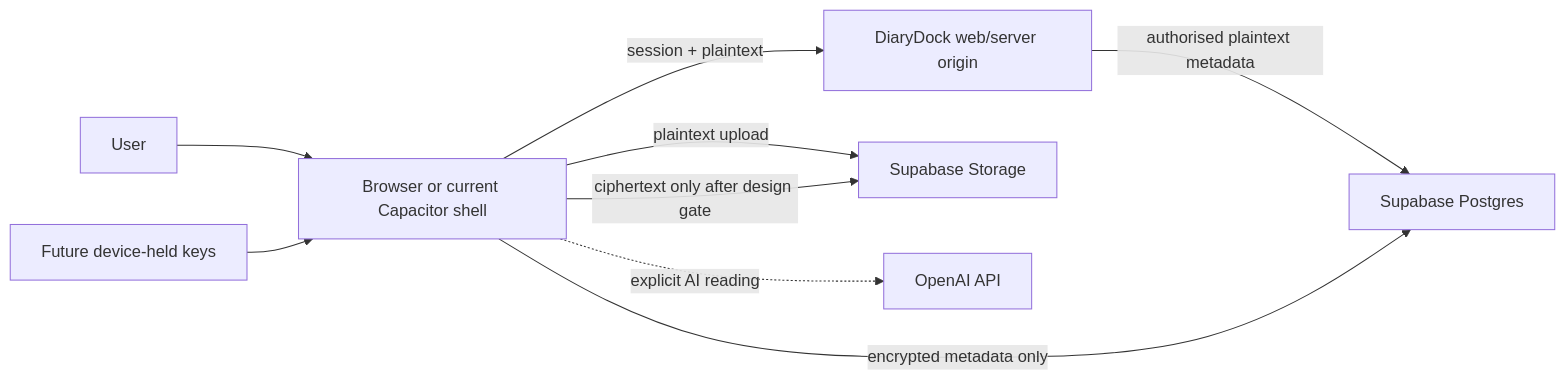
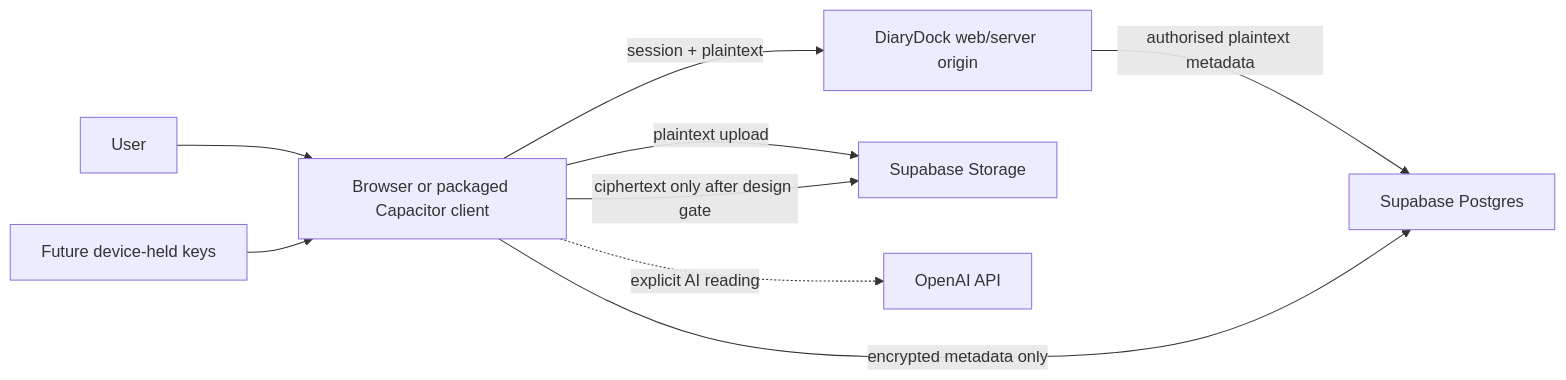
The diagram in docs/security/vault-e2ee-threat-model.md (amsmyth90-blip/simplylogged), drawn with Mermaid before and after one commit. The commit also changed other lines of this file and 1476 other files, not shown here.

````diff
--- a/docs/security/vault-e2ee-threat-model.md
+++ b/docs/security/vault-e2ee-threat-model.md
@@ -21,11 +21,11 @@
 ```mermaid
 flowchart LR
-  U[User] --> C[Browser or current Capacitor shell]
+  U[User] --> C[Browser or packaged Capacitor client]
   C -->|session + plaintext| N[DiaryDock web/server origin]
   C -->|plaintext upload| S[Supabase Storage]
   N -->|authorised plaintext metadata| D[Supabase Postgres]
   C -. explicit AI reading .-> A[OpenAI API]
   K[Future device-held keys] --> C
   C -->|ciphertext only after design gate| S
   C -->|encrypted metadata only| D
 ```
````
